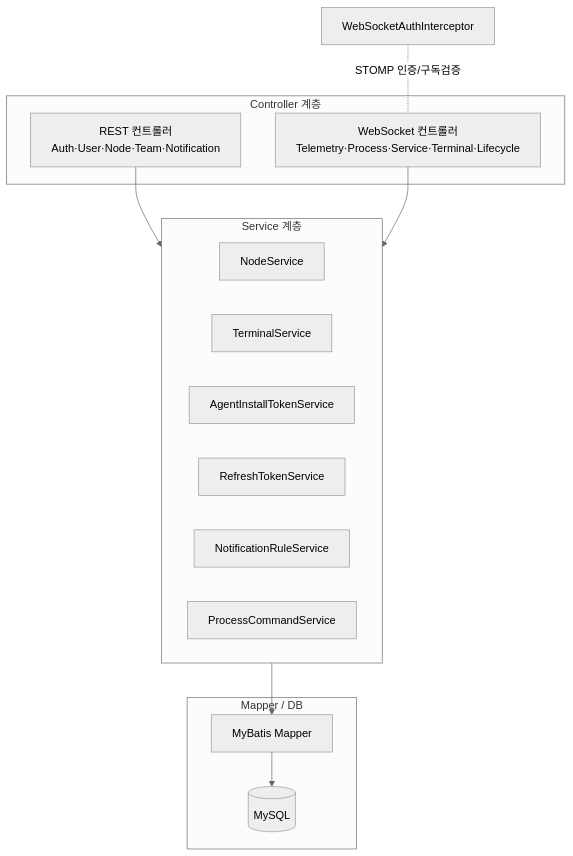
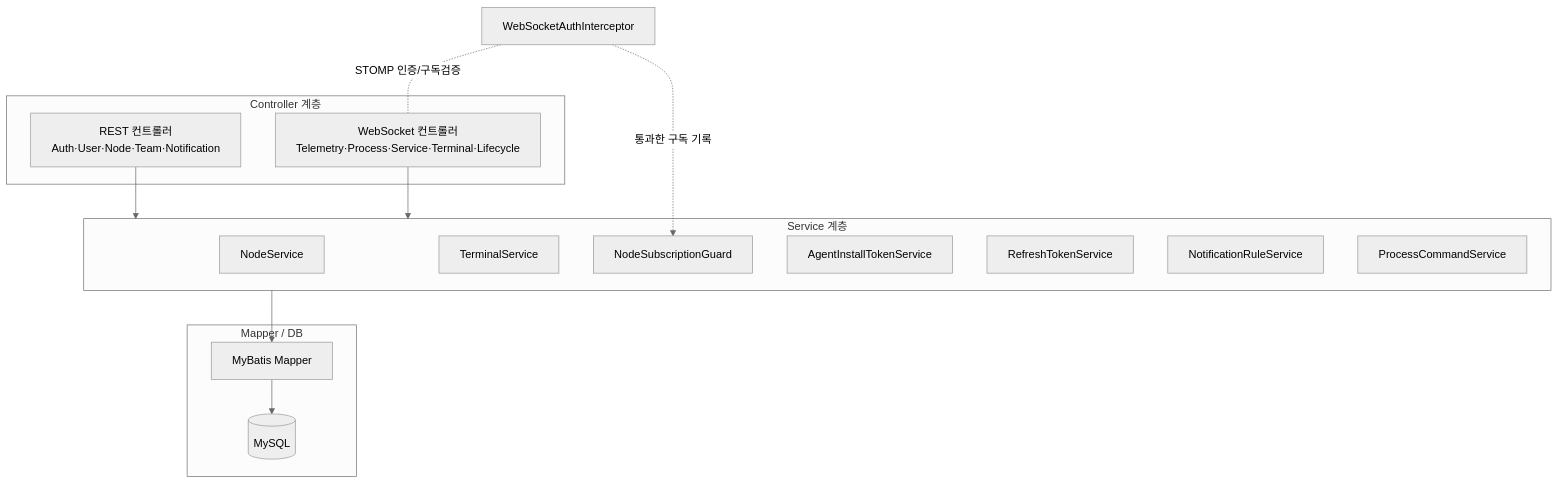
Before and after one commit to duwon1/processManager: the second of 7 diagrams in docs/ARCHITECTURE.md, drawn with Mermaid (neutral theme). The commit also changed other lines of this file and 5 other files, not shown here.

Commit message:
docs: sync API, architecture and README with the current code

````diff
--- a/docs/ARCHITECTURE.md
+++ b/docs/ARCHITECTURE.md
@@ -39,25 +39,27 @@
 ```mermaid
 flowchart TB
     subgraph Controller[Controller 계층]
         RC[REST 컨트롤러<br/>Auth·User·Node·Team·Notification]
         WC[WebSocket 컨트롤러<br/>Telemetry·Process·Service·Terminal·Lifecycle]
     end
     subgraph Service[Service 계층]
         NS[NodeService]
         TS[TerminalService]
+        NSG[NodeSubscriptionGuard]
         ITS[AgentInstallTokenService]
         RTS[RefreshTokenService]
         NRS[NotificationRuleService]
         PCS[ProcessCommandService]
     end
     subgraph Data[Mapper / DB]
         M[MyBatis Mapper]
         MYSQL[(MySQL)]
     end
     ITC[WebSocketAuthInterceptor]
 
     RC --> Service
     WC --> Service
     ITC -. STOMP 인증/구독검증 .- WC
+    ITC -. 통과한 구독 기록 .-> NSG
     Service --> M --> MYSQL
 ```
````
